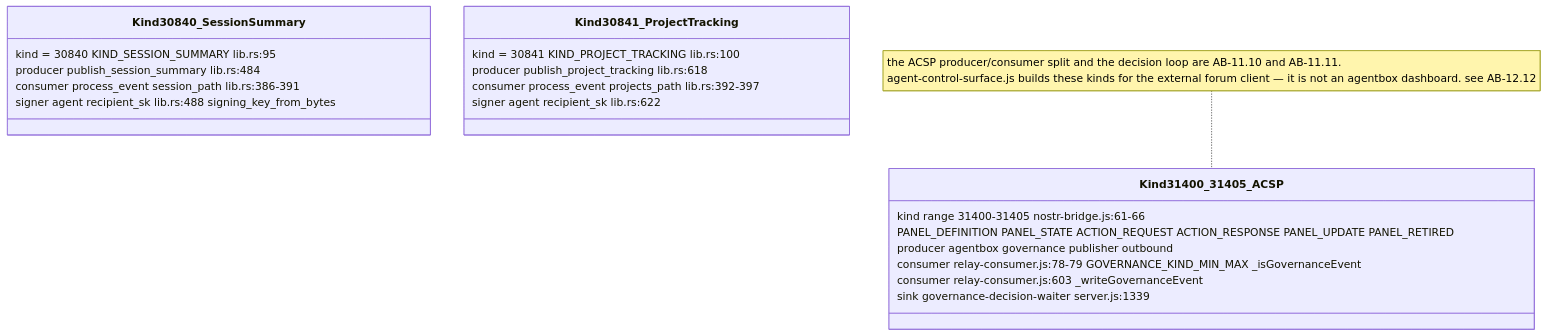
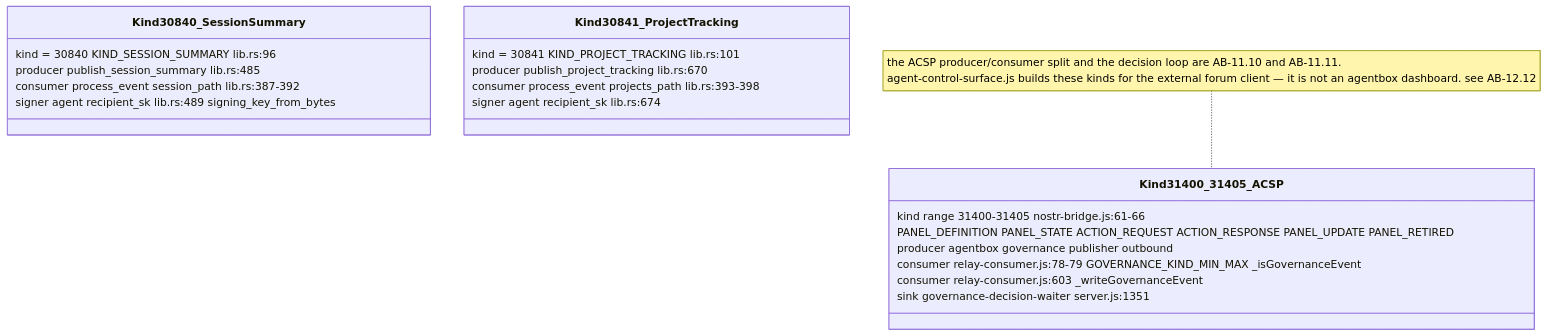
Before and after one commit to DreamLab-AI/VisionFlow: the fifth of 17 diagrams in docs/diagrams/agentbox/13-nostr-relay-gateway-bridge-mirror.md, drawn with Mermaid. The commit also changed other lines of this file and 28 other files, not shown here.

````diff
--- a/docs/diagrams/agentbox/13-nostr-relay-gateway-bridge-mirror.md
+++ b/docs/diagrams/agentbox/13-nostr-relay-gateway-bridge-mirror.md
@@ -203,24 +204,24 @@
 ```mermaid
 classDiagram
     class Kind30840_SessionSummary {
-        kind = 30840 KIND_SESSION_SUMMARY lib.rs:95
-        producer publish_session_summary lib.rs:484
-        consumer process_event session_path lib.rs:386-391
-        signer agent recipient_sk lib.rs:488 signing_key_from_bytes
+        kind = 30840 KIND_SESSION_SUMMARY lib.rs:96
+        producer publish_session_summary lib.rs:485
+        consumer process_event session_path lib.rs:387-392
+        signer agent recipient_sk lib.rs:489 signing_key_from_bytes
     }
     class Kind30841_ProjectTracking {
-        kind = 30841 KIND_PROJECT_TRACKING lib.rs:100
-        producer publish_project_tracking lib.rs:618
-        consumer process_event projects_path lib.rs:392-397
-        signer agent recipient_sk lib.rs:622
+        kind = 30841 KIND_PROJECT_TRACKING lib.rs:101
+        producer publish_project_tracking lib.rs:670
+        consumer process_event projects_path lib.rs:393-398
+        signer agent recipient_sk lib.rs:674
     }
     class Kind31400_31405_ACSP {
         kind range 31400-31405 nostr-bridge.js:61-66
         PANEL_DEFINITION PANEL_STATE ACTION_REQUEST ACTION_RESPONSE PANEL_UPDATE PANEL_RETIRED
         producer agentbox governance publisher outbound
         consumer relay-consumer.js:78-79 GOVERNANCE_KIND_MIN_MAX _isGovernanceEvent
         consumer relay-consumer.js:603 _writeGovernanceEvent
-        sink governance-decision-waiter server.js:1339
+        sink governance-decision-waiter server.js:1351
     }
     note for Kind31400_31405_ACSP "the ACSP producer/consumer split and the decision loop are AB-11.10 and AB-11.11.<br/>agent-control-surface.js builds these kinds for the external forum client — it is not an agentbox dashboard. see AB-12.12"
 ```
````
